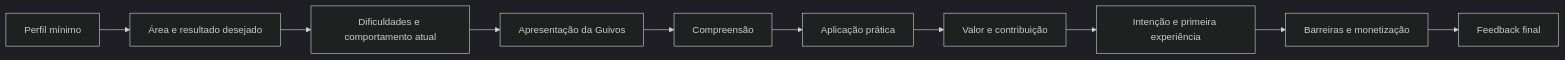
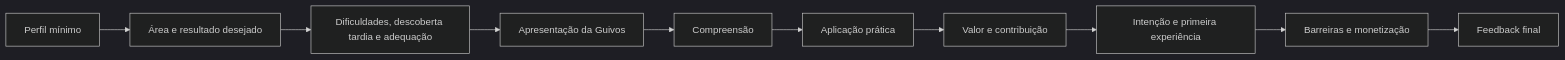
The diagram in docs/research/market-validation/VAL-001-framework-de-validacao-de-mercado.md (guivos-repositorio/Guivos-Knowledge-Repository), drawn with Mermaid (dark theme) before and after one commit. The commit also changed other lines of this file, not shown here.

````diff
--- a/docs/research/market-validation/VAL-001-framework-de-validacao-de-mercado.md
+++ b/docs/research/market-validation/VAL-001-framework-de-validacao-de-mercado.md
@@ -135,4 +138,4 @@
 ```mermaid
 flowchart LR
-    A["Perfil mínimo"] --> B["Área e resultado desejado"] --> C["Dificuldades e comportamento atual"] --> D["Apresentação da Guivos"] --> E["Compreensão"] --> F["Aplicação prática"] --> G["Valor e contribuição"] --> H["Intenção e primeira experiência"] --> I["Barreiras e monetização"] --> J["Feedback final"]
+    A["Perfil mínimo"] --> B["Área e resultado desejado"] --> C["Dificuldades, descoberta tardia e adequação"] --> D["Apresentação da Guivos"] --> E["Compreensão"] --> F["Aplicação prática"] --> G["Valor e contribuição"] --> H["Intenção e primeira experiência"] --> I["Barreiras e monetização"] --> J["Feedback final"]
 ```
````
